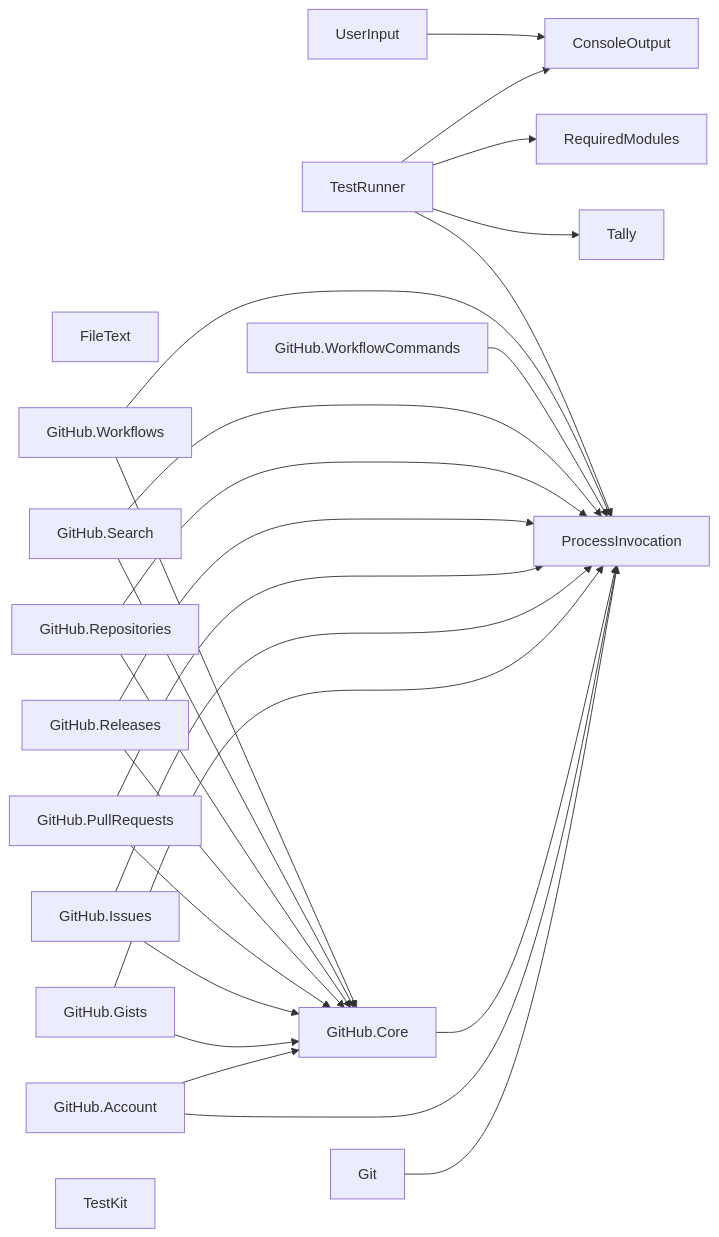
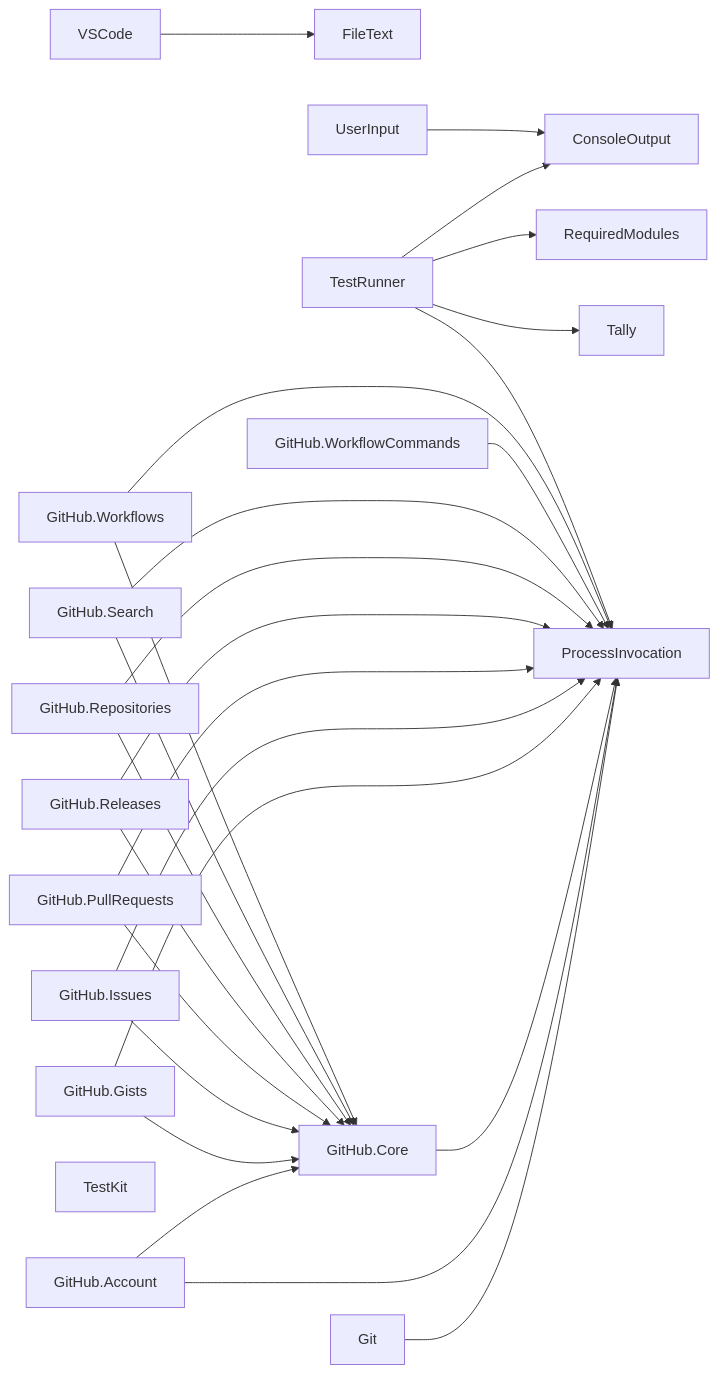
Before and after one commit to TaffarelJr/powershell-modules: the diagram in README.md, drawn with Mermaid. The commit also changed other lines of this file and 22 other files, not shown here.

````diff
--- a/README.md
+++ b/README.md
@@ -42,47 +43,49 @@
 ```mermaid
 graph LR
     ConsoleOutput["ConsoleOutput"]
     FileText["FileText"]
     Git["Git"]
     GitHubAccount["GitHub.Account"]
     GitHubCore["GitHub.Core"]
     GitHubGists["GitHub.Gists"]
     GitHubIssues["GitHub.Issues"]
     GitHubPullRequests["GitHub.PullRequests"]
     GitHubReleases["GitHub.Releases"]
     GitHubRepositories["GitHub.Repositories"]
     GitHubSearch["GitHub.Search"]
     GitHubWorkflowCommands["GitHub.WorkflowCommands"]
     GitHubWorkflows["GitHub.Workflows"]
     ProcessInvocation["ProcessInvocation"]
     RequiredModules["RequiredModules"]
     Tally["Tally"]
     TestKit["TestKit"]
     TestRunner["TestRunner"]
     UserInput["UserInput"]
+    VSCode["VSCode"]
 
     Git --> ProcessInvocation
     GitHubAccount --> GitHubCore
     GitHubAccount --> ProcessInvocation
     GitHubCore --> ProcessInvocation
     GitHubGists --> GitHubCore
     GitHubGists --> ProcessInvocation
     GitHubIssues --> GitHubCore
     GitHubIssues --> ProcessInvocation
     GitHubPullRequests --> GitHubCore
     GitHubPullRequests --> ProcessInvocation
     GitHubReleases --> GitHubCore
     GitHubReleases --> ProcessInvocation
     GitHubRepositories --> GitHubCore
     GitHubRepositories --> ProcessInvocation
     GitHubSearch --> GitHubCore
     GitHubSearch --> ProcessInvocation
     GitHubWorkflowCommands --> ProcessInvocation
     GitHubWorkflows --> GitHubCore
     GitHubWorkflows --> ProcessInvocation
     TestRunner --> ConsoleOutput
     TestRunner --> ProcessInvocation
     TestRunner --> RequiredModules
     TestRunner --> Tally
     UserInput --> ConsoleOutput
+    VSCode --> FileText
 ```
````
